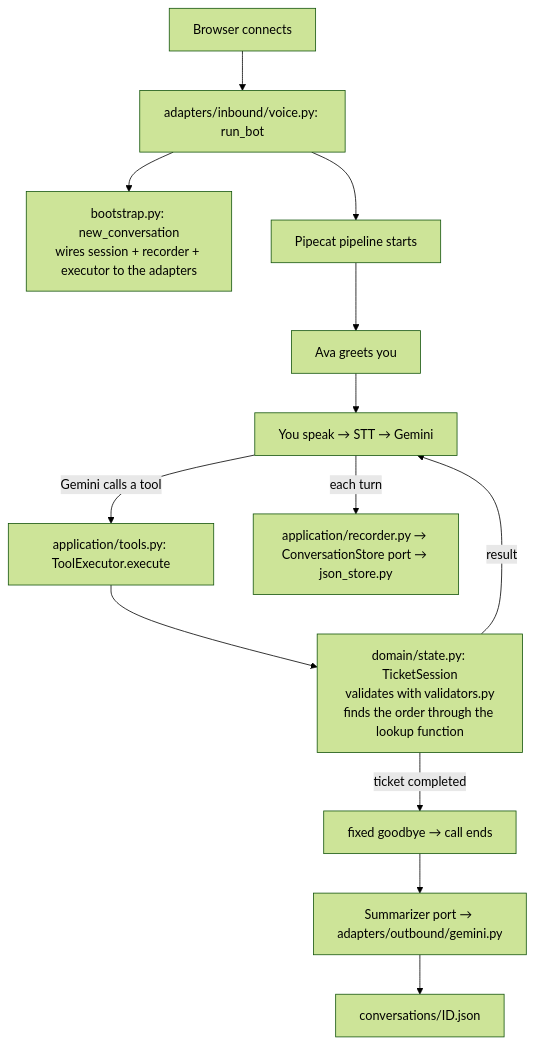
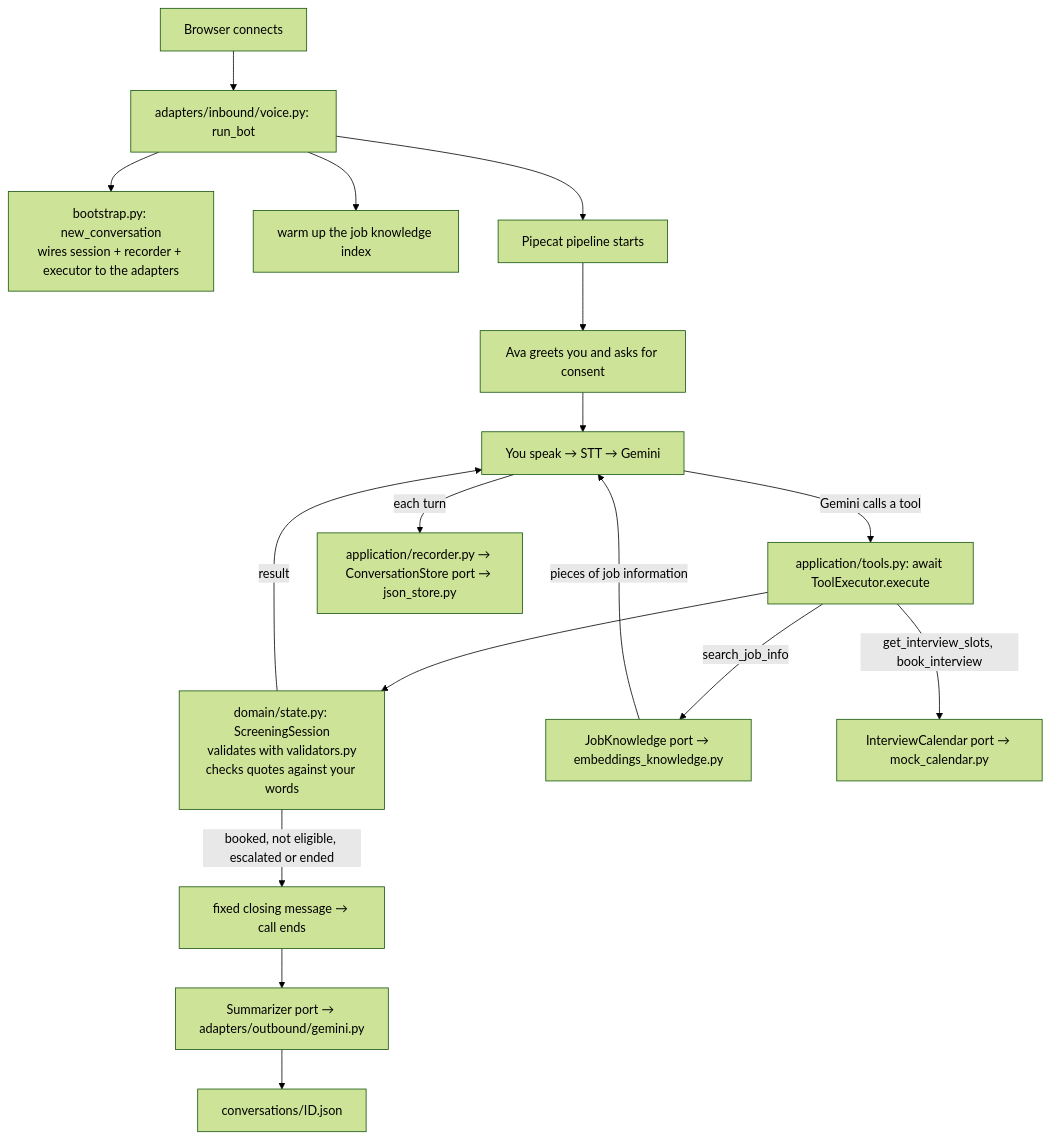
One commit to aesbetancourt/voice-support-agent changed the third of 4 diagrams in docs/how-it-works.md. Above: the diagram before and after it, drawn with Mermaid (forest theme). The commit also changed other lines of this file and 63 other files, not shown here.

````diff
--- a/docs/how-it-works.md
+++ b/docs/how-it-works.md
@@ -183,15 +277,19 @@
 ```mermaid
 flowchart TD
     A[Browser connects] --> B[adapters/inbound/voice.py: run_bot]
     B --> C[bootstrap.py: new_conversation<br/>wires session + recorder + executor to the adapters]
+    B --> W[warm up the job knowledge index]
     B --> D[Pipecat pipeline starts]
-    D --> E[Ava greets you]
+    D --> E[Ava greets you and asks for consent]
     E --> F[You speak → STT → Gemini]
-    F -->|Gemini calls a tool| G[application/tools.py: ToolExecutor.execute]
-    G --> H[domain/state.py: TicketSession<br/>validates with validators.py<br/>finds the order through the lookup function]
+    F -->|Gemini calls a tool| G[application/tools.py: await ToolExecutor.execute]
+    G --> H[domain/state.py: ScreeningSession<br/>validates with validators.py<br/>checks quotes against your words]
+    G -->|search_job_info| K1[JobKnowledge port → embeddings_knowledge.py]
+    G -->|get_interview_slots, book_interview| K2[InterviewCalendar port → mock_calendar.py]
     H -->|result| F
+    K1 -->|pieces of job information| F
     F -->|each turn| R[application/recorder.py → ConversationStore port → json_store.py]
-    H -->|ticket completed| I[fixed goodbye → call ends]
+    H -->|booked, not eligible, escalated or ended| I[fixed closing message → call ends]
     I --> J[Summarizer port → adapters/outbound/gemini.py]
     J --> K[conversations/ID.json]
 ```
````
